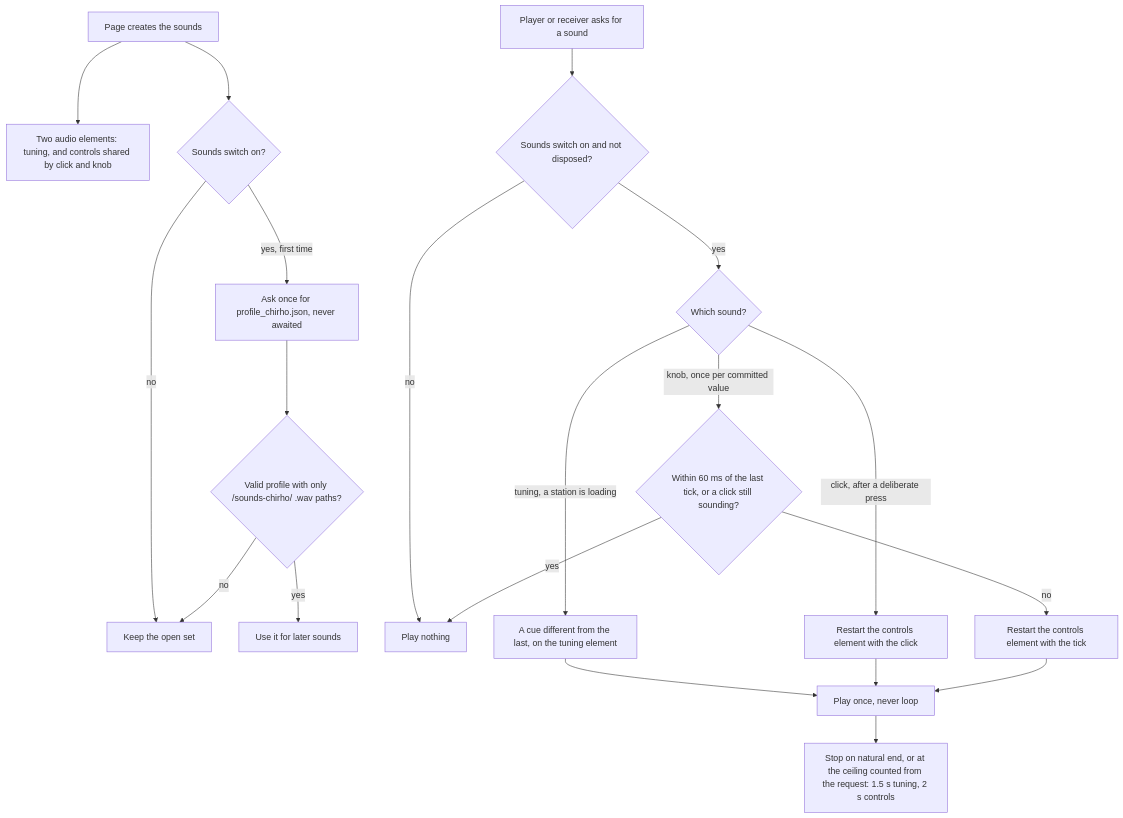
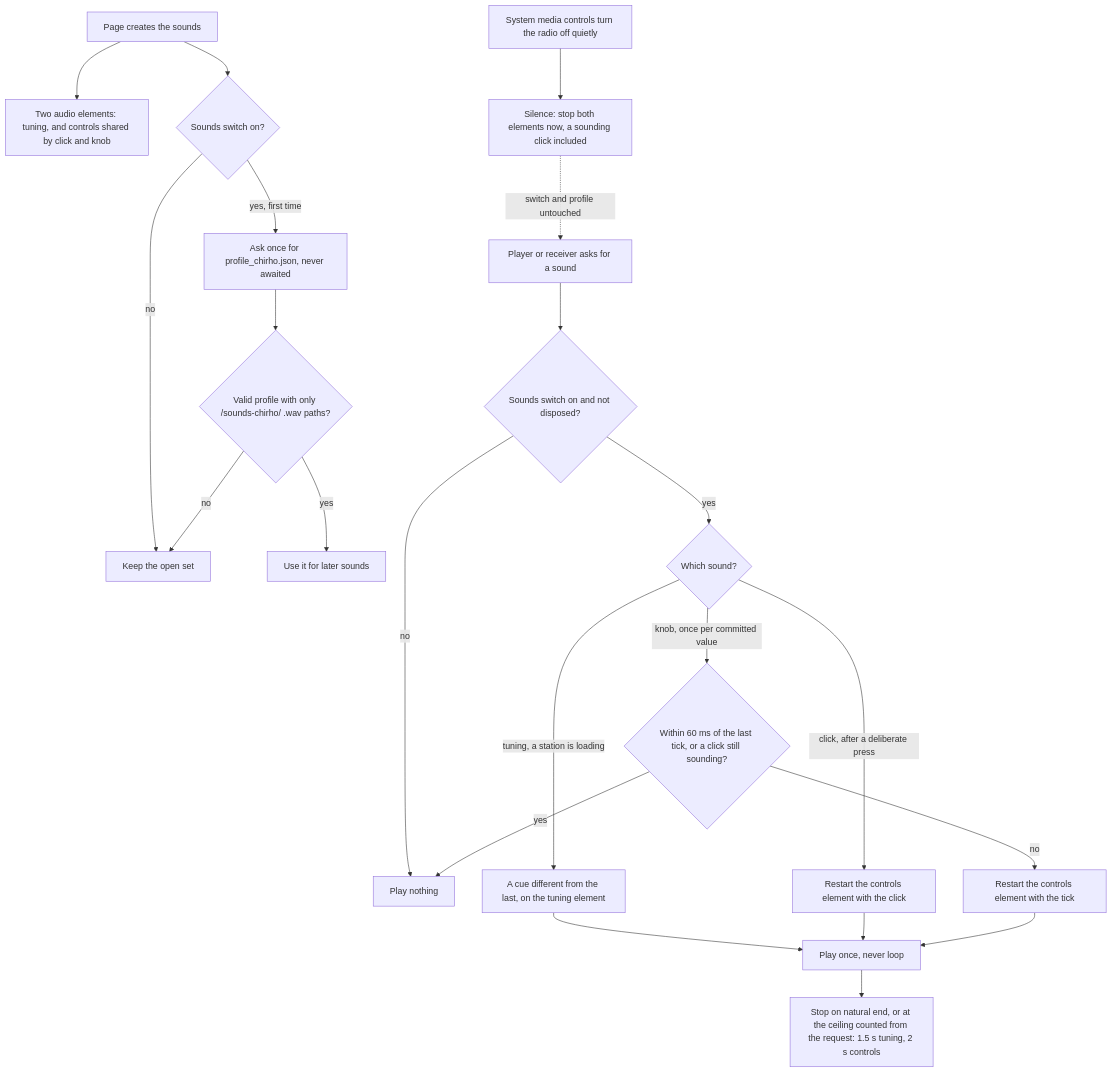
One commit to loveJesus/audiobiblerad.io-chirho changed the second of 2 diagrams in spec-chirho/workflows-chirho/radio_sounds_workflow_chirho.md. Above: the diagram before and after it, drawn with Mermaid. The commit also changed other lines of this file and 20 other files, not shown here.

First line of the commit message:
feat(media-chirho): add quiet system controls and whole-chapter seeking

````diff
--- a/spec-chirho/workflows-chirho/radio_sounds_workflow_chirho.md
+++ b/spec-chirho/workflows-chirho/radio_sounds_workflow_chirho.md
@@ -45,22 +45,24 @@
 ```mermaid
 flowchart TD
     create_chirho[Page creates the sounds] --> elements_chirho[Two audio elements: tuning, and controls shared by click and knob]
     create_chirho --> on_chirho{Sounds switch on?}
     on_chirho -- yes, first time --> fetch_chirho[Ask once for profile_chirho.json, never awaited]
     on_chirho -- no --> use_open_chirho
     fetch_chirho --> valid_chirho{Valid profile with only /sounds-chirho/ .wav paths?}
     valid_chirho -- yes --> use_profile_chirho[Use it for later sounds]
     valid_chirho -- no --> use_open_chirho[Keep the open set]
     request_chirho[Player or receiver asks for a sound] --> enabled_chirho{Sounds switch on and not disposed?}
     enabled_chirho -- no --> silent_chirho[Play nothing]
     enabled_chirho -- yes --> kind_chirho{Which sound?}
     kind_chirho -- tuning, a station is loading --> tuning_chirho[A cue different from the last, on the tuning element]
     kind_chirho -- click, after a deliberate press --> click_chirho[Restart the controls element with the click]
     kind_chirho -- knob, once per committed value --> spacing_chirho{Within 60 ms of the last tick, or a click still sounding?}
     spacing_chirho -- yes --> silent_chirho
     spacing_chirho -- no --> knob_chirho[Restart the controls element with the tick]
     tuning_chirho --> finite_chirho[Play once, never loop]
     click_chirho --> finite_chirho
     knob_chirho --> finite_chirho
     finite_chirho --> end_chirho[Stop on natural end, or at the ceiling counted from the request: 1.5 s tuning, 2 s controls]
+    quiet_off_chirho[System media controls turn the radio off quietly] --> silence_all_chirho[Silence: stop both elements now, a sounding click included]
+    silence_all_chirho -. switch and profile untouched .-> request_chirho
 ```
````
